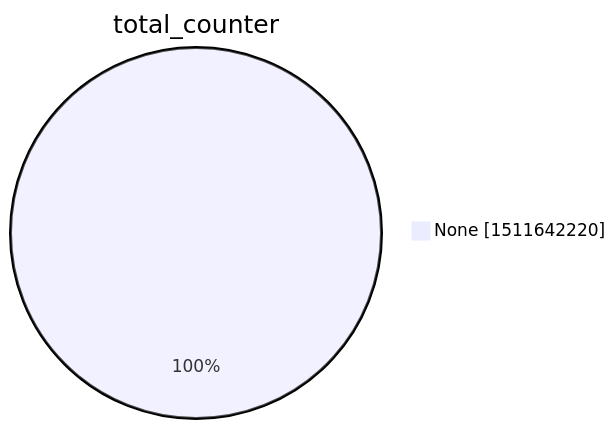
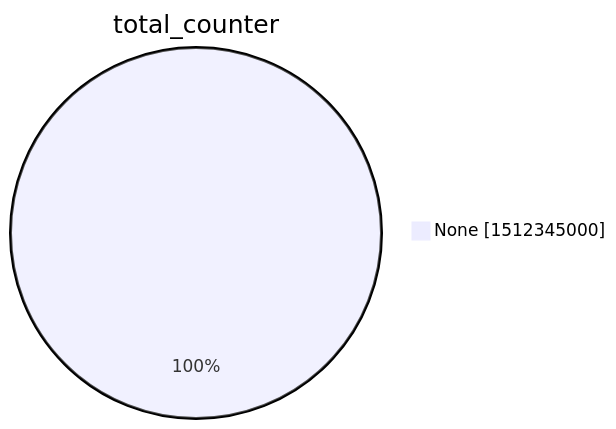
One commit to christiankrug/ctmonitor_visualization changed the second of 15 diagrams in xenon2022/README.md. Above: the diagram before and after it, drawn with Mermaid. The commit also changed other lines of this file, not shown here.

````diff
--- a/xenon2022/README.md
+++ b/xenon2022/README.md
@@ -9,5 +9,5 @@
 ```mermaid
 pie showData
 title total_counter
-"None" :1511642220
+"None" :1512345000
 ```
````
